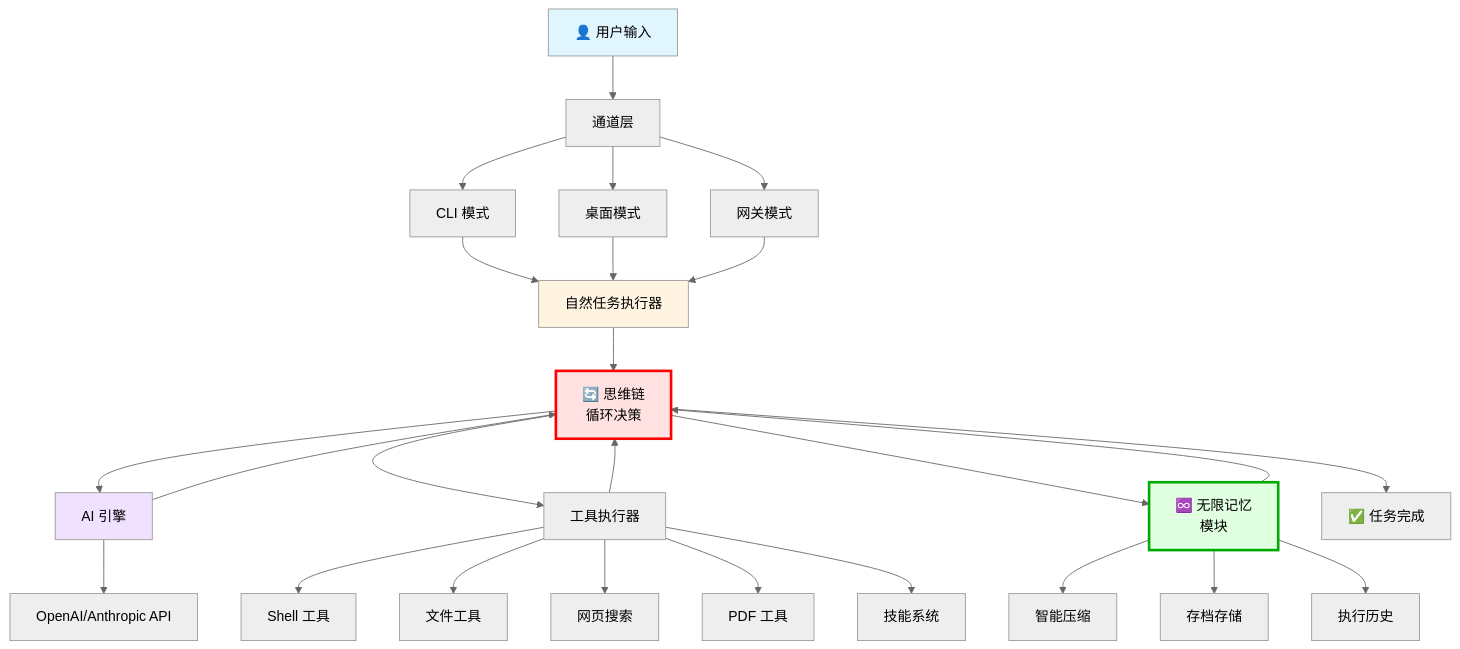
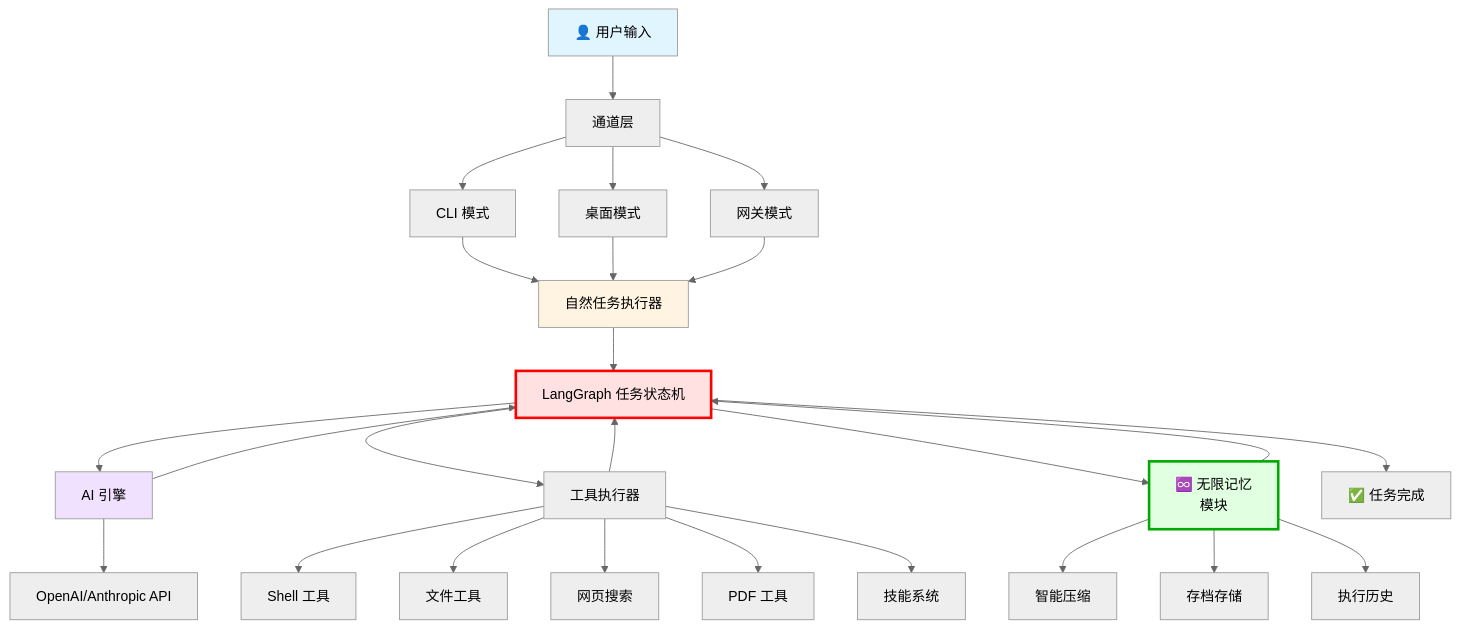
The diagram in README.zh.md (chuanchuan123321/JCodex), drawn with Mermaid (neutral theme) before and after one commit. The commit also changed other lines of this file and 122 other files, not shown here.

````diff
--- a/README.zh.md
+++ b/README.zh.md
@@ -25,42 +30,42 @@
 ```mermaid
 graph TB
     User[👤 用户输入] --> Channel[通道层]
     Channel --> CLI[CLI 模式]
     Channel --> Desktop[桌面模式]
     Channel --> Gateway[网关模式]
 
     CLI --> Executor[自然任务执行器]
     Desktop --> Executor
     Gateway --> Executor
 
-    Executor --> Loop[🔄 思维链<br/>循环决策]
+    Executor --> Loop[LangGraph 任务状态机]
 
     Loop --> AI[AI 引擎]
     Loop --> Tools[工具执行器]
     Loop --> Memory[♾️ 无限记忆<br/>模块]
 
     AI --> API[OpenAI/Anthropic API]
     AI --> Loop
 
     Tools --> Shell[Shell 工具]
     Tools --> File[文件工具]
     Tools --> Web[网页搜索]
     Tools --> PDF[PDF 工具]
     Tools --> Skill[技能系统]
 
     Tools --> Loop
 
     Memory --> Compress[智能压缩]
     Memory --> Archive[存档存储]
     Memory --> History[执行历史]
 
     Memory --> Loop
 
     Loop --> Output[✅ 任务完成]
 
     style User fill:#e1f5ff
     style Loop fill:#ffe1e1,stroke:#ff0000,stroke-width:3px
     style Memory fill:#e1ffe1,stroke:#00aa00,stroke-width:3px
     style AI fill:#f0e1ff
     style Executor fill:#fff4e1
 ```
````
